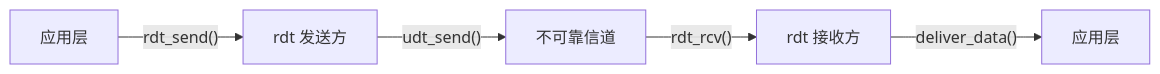
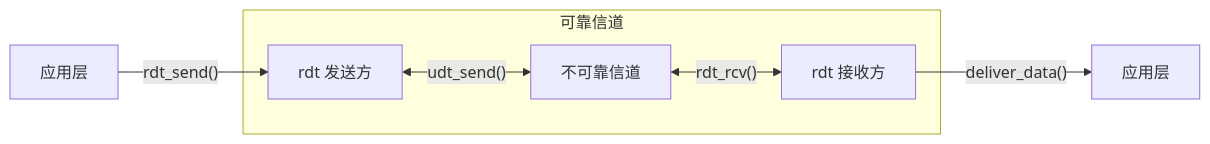
One commit to Meer-Matze/Meer-Matze.github.io changed the sixth of 26 diagrams in src/content/posts/运输层.md. Above: the diagram before and after it, drawn with Mermaid. The commit also changed other lines of this file, not shown here.

````diff
--- a/src/content/posts/运输层.md
+++ b/src/content/posts/运输层.md
@@ -293,7 +284,9 @@
 ```mermaid
 flowchart LR
     A["应用层"] -->|"rdt_send()"| S["rdt 发送方"]
-    S -->|"udt_send()"| CH["不可靠信道"]
-    CH -->|"rdt_rcv()"| R["rdt 接收方"]
+    subgraph 可靠信道
+        S <-->|"udt_send()"| CH["不可靠信道"]
+        CH <-->|"rdt_rcv()"| R["rdt 接收方"]
+    end
     R -->|"deliver_data()"| B["应用层"]
 ```
````
